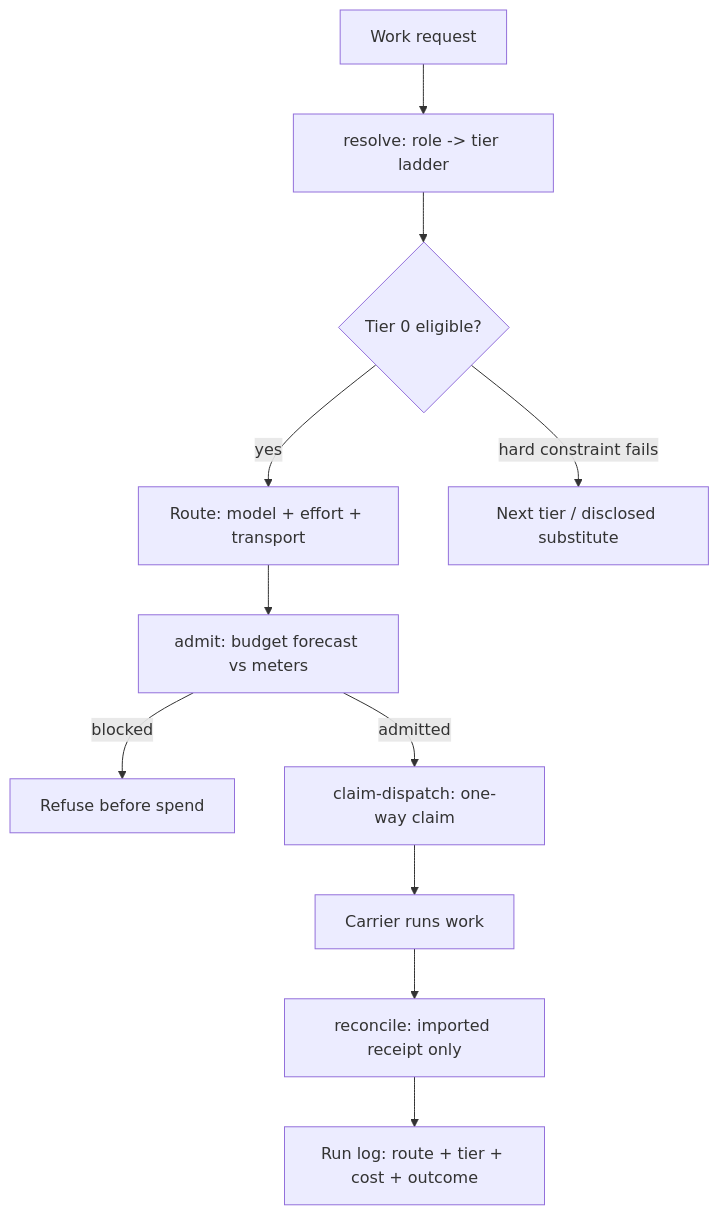
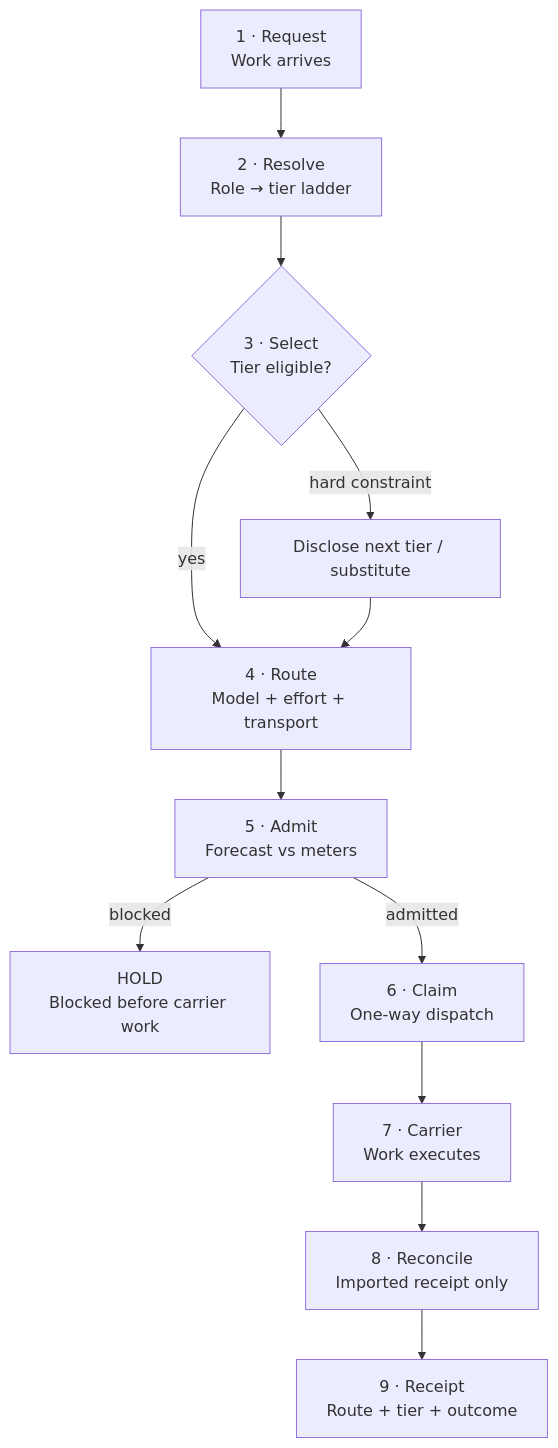
One commit to novotnyllc/railyard changed the diagram in site/src/diagrams/m5-model-routing.mmd. Above: the diagram before and after it, drawn with Mermaid. The commit also changed 35 other files, not shown here.

First line of the commit message:
docs: narrative stage 2 — sequence-narrative diagrams

```diff
--- a/site/src/diagrams/m5-model-routing.mmd
+++ b/site/src/diagrams/m5-model-routing.mmd
@@ -1,11 +1,14 @@
 flowchart TD
-    A[Work request] --> B[resolve: role -> tier ladder]
-    B --> C{Tier 0 eligible?}
-    C -->|yes| D[Route: model + effort + transport]
-    C -->|hard constraint fails| E[Next tier / disclosed substitute]
-    D --> F[admit: budget forecast vs meters]
-    F -->|blocked| G[Refuse before spend]
-    F -->|admitted| H[claim-dispatch: one-way claim]
-    H --> I[Carrier runs work]
-    I --> J[reconcile: imported receipt only]
-    J --> K[Run log: route + tier + cost + outcome]
+    accTitle: M5 model routing sequence
+    accDescr: A work request is resolved, selected, admitted against budget, claimed once, executed by its carrier, reconciled from an imported receipt, and recorded. A hard constraint discloses a substitute; a blocked admission stops before carrier work.
+    A["1 · Request<br/>Work arrives"] --> B["2 · Resolve<br/>Role → tier ladder"]
+    B --> C{3 · Select<br/>Tier eligible?}
+    C -->|yes| D["4 · Route<br/>Model + effort + transport"]
+    C -->|hard constraint| E["Disclose next tier / substitute"]
+    E --> D
+    D --> F["5 · Admit<br/>Forecast vs meters"]
+    F -->|blocked| G["HOLD<br/>Blocked before carrier work"]
+    F -->|admitted| H["6 · Claim<br/>One-way dispatch"]
+    H --> I["7 · Carrier<br/>Work executes"]
+    I --> J["8 · Reconcile<br/>Imported receipt only"]
+    J --> K["9 · Receipt<br/>Route + tier + outcome"]
```
